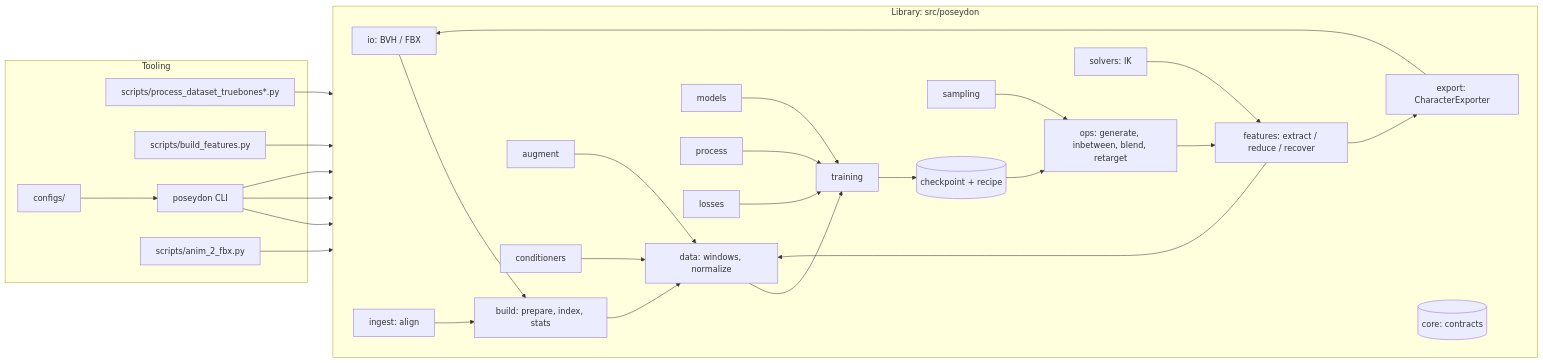
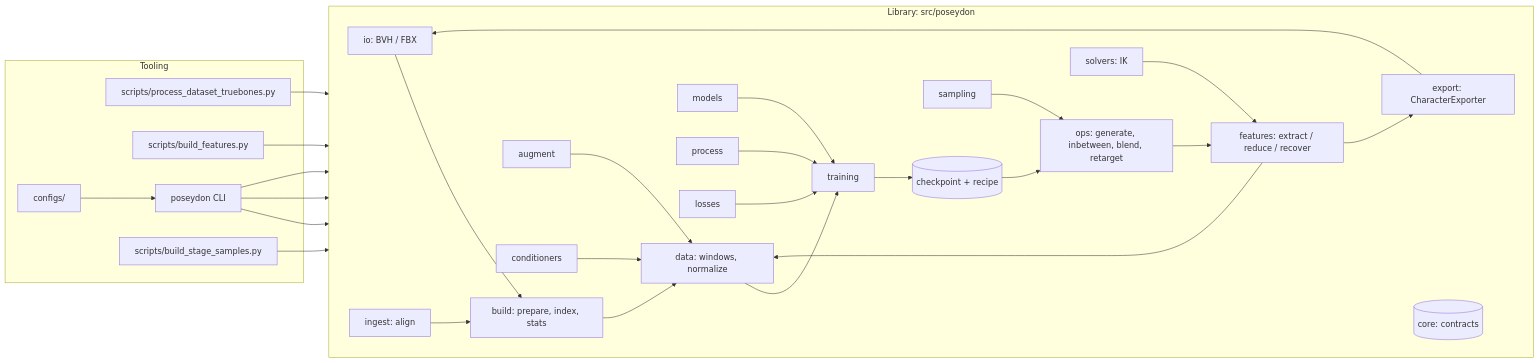
Before and after one commit to LuCazzola/PoseYdon: the diagram in docs/index/overview.md, drawn with Mermaid. The commit also changed other lines of this file and 128 other files, not shown here.

````diff
--- a/docs/index/overview.md
+++ b/docs/index/overview.md
@@ -19,56 +19,56 @@
 ```mermaid
 flowchart LR
   subgraph tooling [Tooling]
-    PS[scripts/process_dataset_truebones*.py]
+    PS[scripts/process_dataset_truebones.py]
     BF[scripts/build_features.py]
     CLI[poseydon CLI]
     CFG[configs/]
-    A2F[scripts/anim_2_fbx.py]
+    A2F[scripts/build_stage_samples.py]
   end
 
   subgraph lib [Library: src/poseydon]
     direction LR
     io[io: BVH / FBX]
     build[build: prepare, index, stats]
     ingest[ingest: align]
     data[data: windows, normalize]
     features[features: extract / reduce / recover]
     augment
     conditioners
     training
     models
     process
     losses
     ops[ops: generate, inbetween, blend, retarget]
     sampling
     solvers[solvers: IK]
     export[export: CharacterExporter]
     core[(core: contracts)]
 
     io --> build
     ingest --> build
     build --> data
     features --> data
     augment --> data
     conditioners --> data
     data --> training
     models --> training
     process --> training
     losses --> training
     training --> ckpt[(checkpoint + recipe)]
     ckpt --> ops
     sampling --> ops
     ops --> features
     solvers --> features
     features --> export
     export --> io
   end
 
   PS --> build
   BF --> build
   CLI --> training
   CLI --> ops
   CLI --> export
   CFG --> CLI
   A2F --> export
 ```
````
